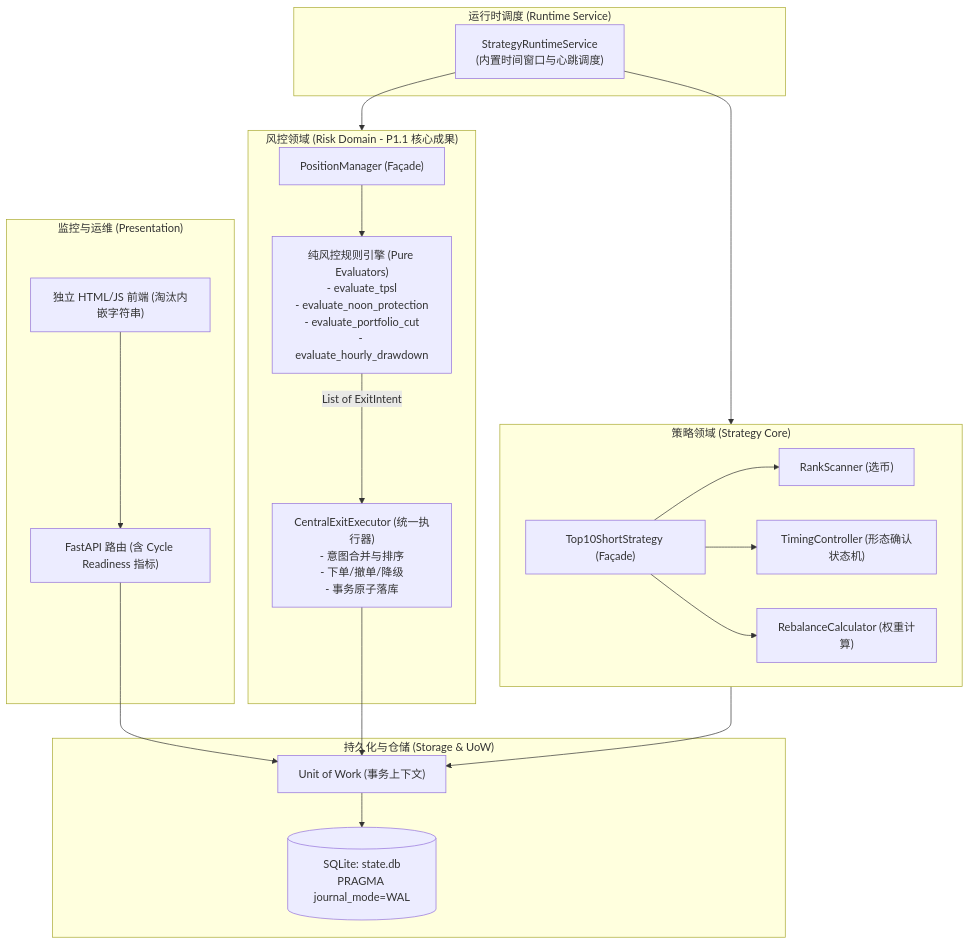
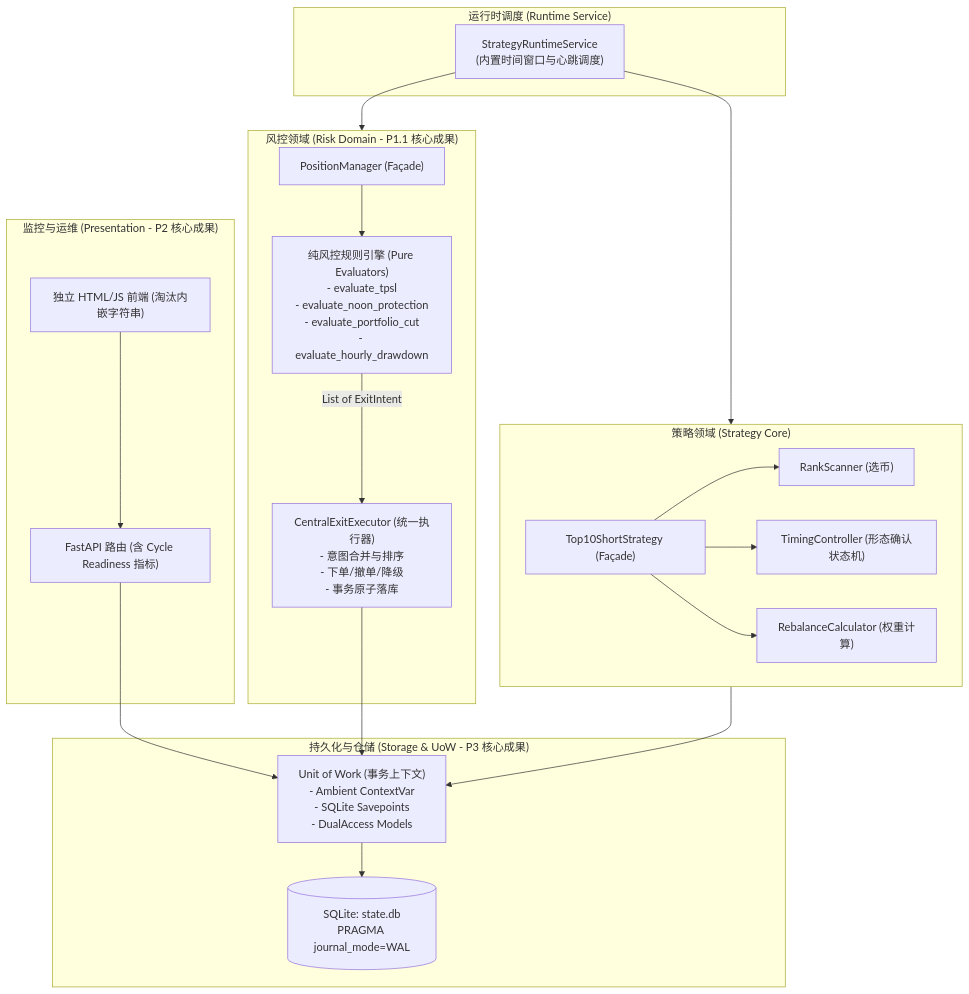
The fourth of 4 diagrams in docs/ARCHITECTURE_REVIEW.md (miracle-zs/bubble_buster), drawn with Mermaid before and after one commit. The commit also changed other lines of this file and 6 other files, not shown here.

First line of the commit message:
feat(storage): implement lightweight Unit of Work and dual-access domain models (Phase P3)

````diff
--- a/docs/ARCHITECTURE_REVIEW.md
+++ b/docs/ARCHITECTURE_REVIEW.md
@@ -364,40 +396,40 @@
 ```mermaid
 flowchart TD
   subgraph SchedulerLayer["运行时调度 (Runtime Service)"]
     Service["StrategyRuntimeService\n(内置时间窗口与心跳调度)"]
   end
 
   subgraph StrategyDomain["策略领域 (Strategy Core)"]
     FacadeS["Top10ShortStrategy (Façade)"]
     Scanner["RankScanner (选币)"]
     Timing["TimingController (形态确认状态机)"]
     Rebalance["RebalanceCalculator (权重计算)"]
     FacadeS --> Scanner & Timing & Rebalance
   end
 
   subgraph RiskDomain["风控领域 (Risk Domain - P1.1 核心成果)"]
     FacadePM["PositionManager (Façade)"]
     PureEval["纯风控规则引擎 (Pure Evaluators)\n- evaluate_tpsl\n- evaluate_noon_protection\n- evaluate_portfolio_cut\n- evaluate_hourly_drawdown"]
     Executor["CentralExitExecutor (统一执行器)\n- 意图合并与排序\n- 下单/撤单/降级\n- 事务原子落库"]
     FacadePM --> PureEval
     PureEval -->|List of ExitIntent| Executor
   end
 
-  subgraph StorageLayer["持久化与仓储 (Storage & UoW)"]
-    UoW["Unit of Work (事务上下文)"]
+  subgraph StorageLayer["持久化与仓储 (Storage & UoW - P3 核心成果)"]
+    UoW["Unit of Work (事务上下文)\n- Ambient ContextVar\n- SQLite Savepoints\n- DualAccess Models"]
     DB[(SQLite: state.db\nPRAGMA journal_mode=WAL)]
     UoW --> DB
   end
 
-  subgraph PresentationLayer["监控与运维 (Presentation)"]
+  subgraph PresentationLayer["监控与运维 (Presentation - P2 核心成果)"]
     FastAPI["FastAPI 路由 (含 Cycle Readiness 指标)"]
     StaticUI["独立 HTML/JS 前端 (淘汰内嵌字符串)"]
     FastAPI --> UoW
     StaticUI --> FastAPI
   end
 
   Service --> StrategyDomain
   Service --> RiskDomain
   StrategyDomain --> UoW
   Executor --> UoW
 ```
````
